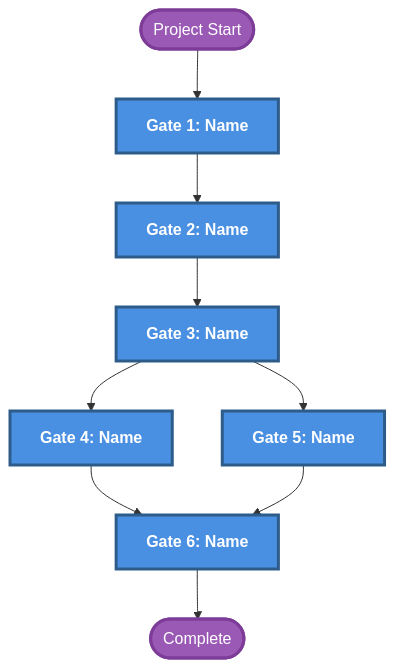
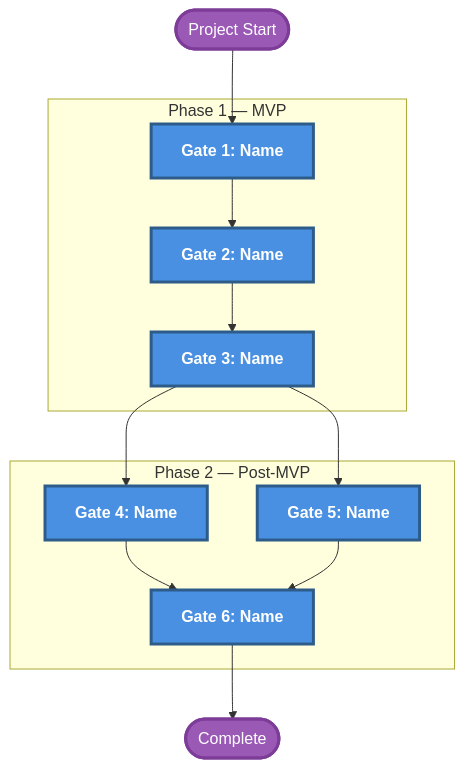
One commit to Duccci/Zenos-Planner changed the diagram in templates/architecture-templates/gate-roadmap-template.md. Above: the diagram before and after it, drawn with Mermaid. The commit also changed other lines of this file and 26 other files, not shown here.

````diff
--- a/templates/architecture-templates/gate-roadmap-template.md
+++ b/templates/architecture-templates/gate-roadmap-template.md
@@ -13,17 +13,28 @@
 ```mermaid
 graph TB
-    Start([Project Start]) --> G1[Gate 1: Name]
-    G1 --> G2[Gate 2: Name]
-    G2 --> G3[Gate 3: Name]
-    G3 --> G4[Gate 4: Name]
-    G3 --> G5[Gate 5: Name]
-    G4 --> G6[Gate 6: Name]
+    subgraph Phase1["Phase 1 — MVP"]
+        G1[Gate 1: Name]
+        G2[Gate 2: Name]
+        G3[Gate 3: Name]
+    end
+    subgraph Phase2["Phase 2 — Post-MVP"]
+        G4[Gate 4: Name]
+        G5[Gate 5: Name]
+        G6[Gate 6: Name]
+    end
+
+    Start([Project Start]) --> G1
+    G1 --> G2
+    G2 --> G3
+    G3 --> G4
+    G3 --> G5
+    G4 --> G6
     G5 --> G6
     G6 --> End([Complete])
 
     classDef gate fill:#4A90E2,stroke:#2E5C8A,stroke-width:3px,color:#fff,font-weight:bold
     classDef terminal fill:#9B59B6,stroke:#7D3C98,stroke-width:3px,color:#fff
 
     class G1,G2,G3,G4,G5,G6 gate
     class Start,End terminal
 ```
````
